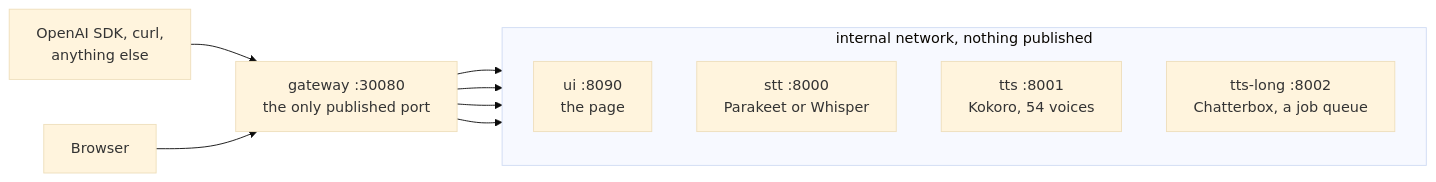
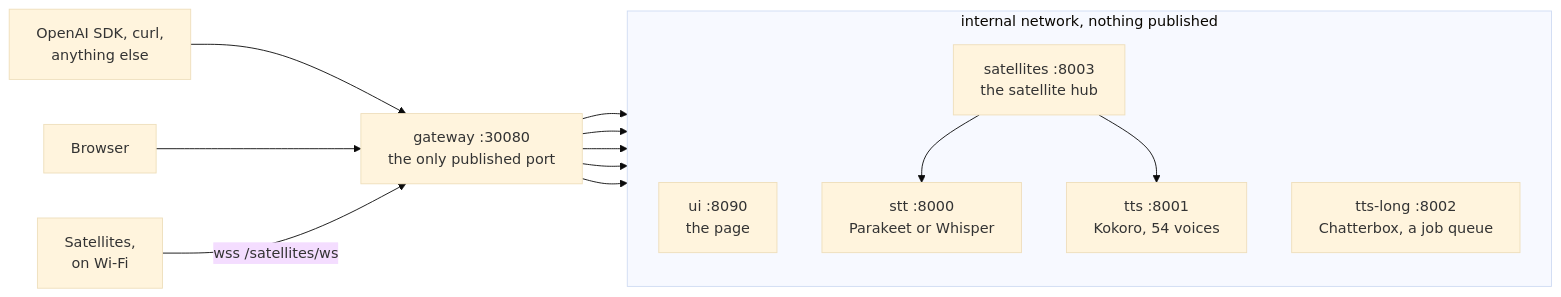
One commit to gabrielbelli/calliope changed the first of 2 diagrams in README.md. Above: the diagram before and after it, drawn with Mermaid (base theme). The commit also changed other lines of this file, not shown here.

First line of the commit message:
docs: the README describes the satellites as they are, and what to decide before deploying them

````diff
--- a/README.md
+++ b/README.md
@@ -152,17 +161,22 @@
 ```mermaid
 flowchart LR
   C["OpenAI SDK, curl,<br/>anything else"] --> G
   B["Browser"] --> G
   G["gateway :30080<br/>the only published port"]
   subgraph closed ["internal network, nothing published"]
     direction TB
     U["ui :8090<br/>the page"]
     S["stt :8000<br/>Parakeet or Whisper"]
     T["tts :8001<br/>Kokoro, 54 voices"]
     L["tts-long :8002<br/>Chatterbox, a job queue"]
+    H["satellites :8003<br/>the satellite hub"]
   end
+  D["Satellites,<br/>on Wi-Fi"] -->|"wss /satellites/ws"| G
   G --> U
   G --> S
   G --> T
   G --> L
+  G --> H
+  H --> S
+  H --> T
 ```
````
